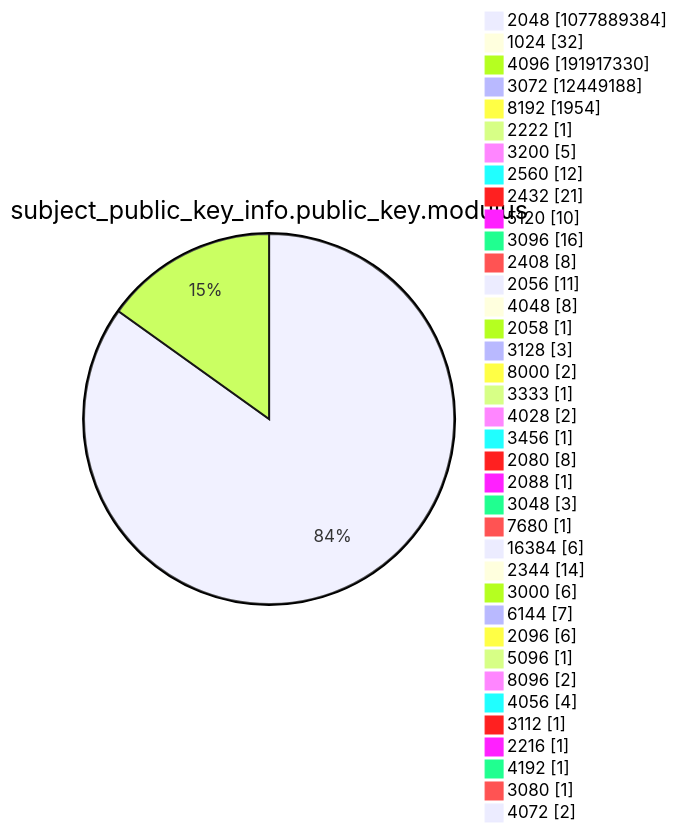
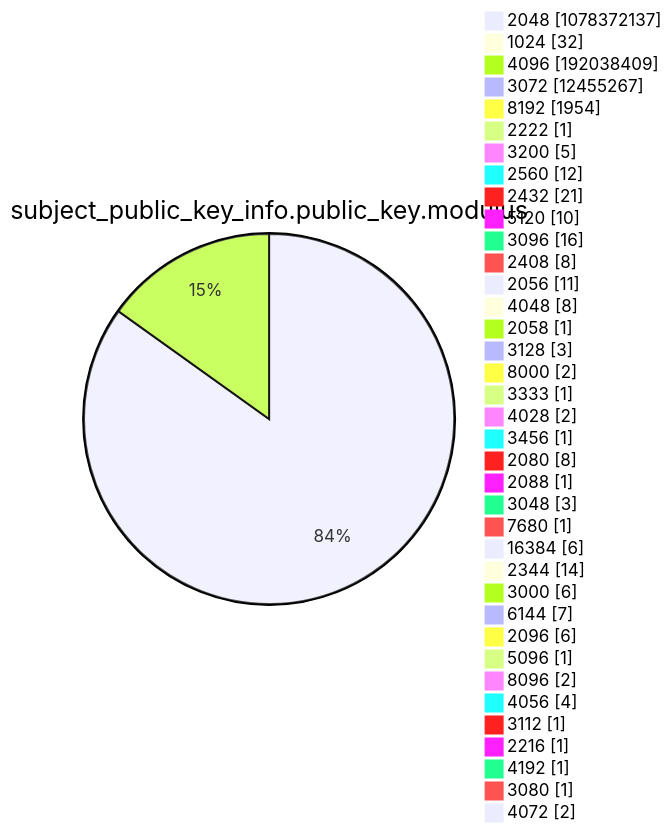
One commit to christiankrug/ctmonitor_visualization changed diagram 13 of 15 in argon2022/README.md. Above: the diagram before and after it, drawn with Mermaid. The commit also changed other lines of this file, not shown here.

````diff
--- a/argon2022/README.md
+++ b/argon2022/README.md
@@ -3589,41 +3589,41 @@
 ```mermaid
 pie showData
 title subject_public_key_info.public_key.modulus
-"2048" :1077889384
+"2048" :1078372137
 "1024" :32
-"4096" :191917330
-"3072" :12449188
+"4096" :192038409
+"3072" :12455267
 "8192" :1954
 "2222" :1
 "3200" :5
 "2560" :12
 "2432" :21
 "5120" :10
 "3096" :16
 "2408" :8
 "2056" :11
 "4048" :8
 "2058" :1
 "3128" :3
 "8000" :2
 "3333" :1
 "4028" :2
 "3456" :1
 "2080" :8
 "2088" :1
 "3048" :3
 "7680" :1
 "16384" :6
 "2344" :14
 "3000" :6
 "6144" :7
 "2096" :6
 "5096" :1
 "8096" :2
 "4056" :4
 "3112" :1
 "2216" :1
 "4192" :1
 "3080" :1
 "4072" :2
 ```
````
